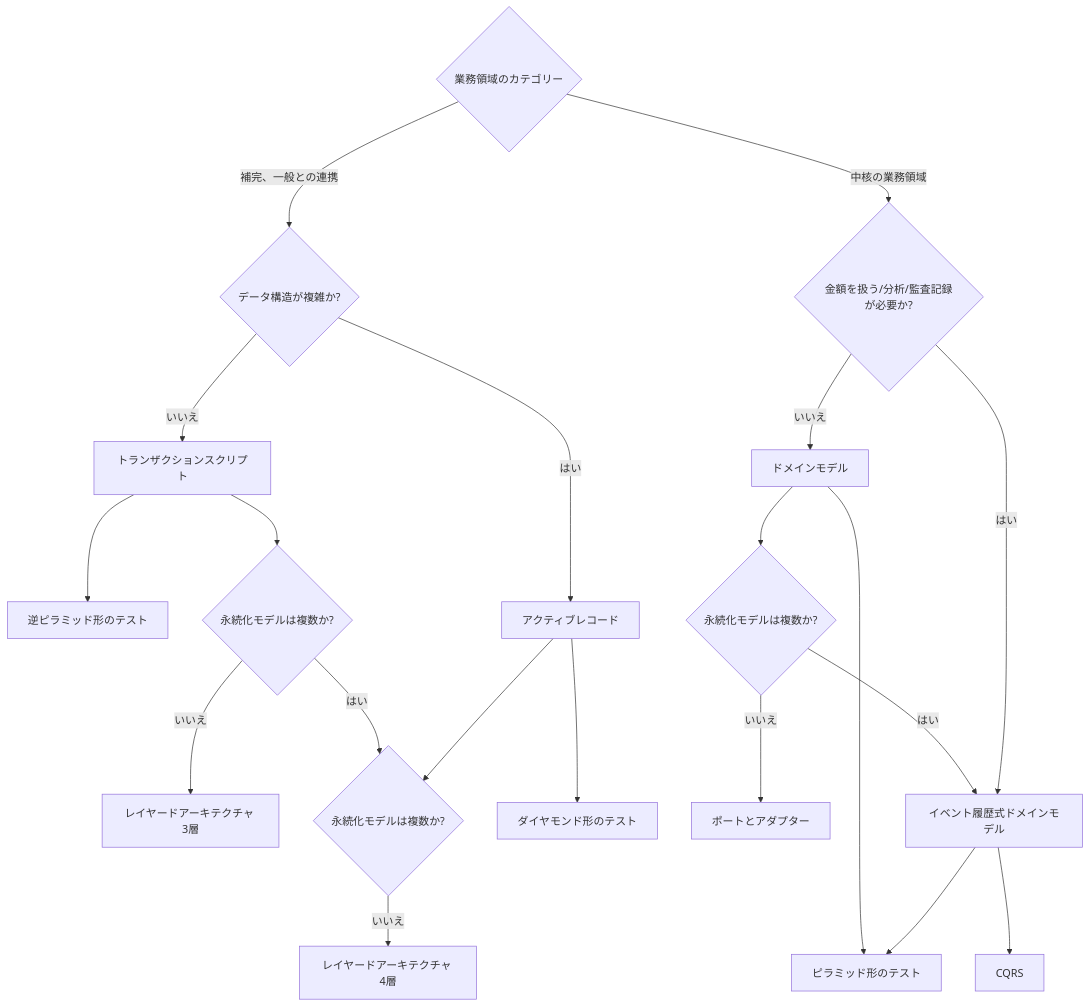
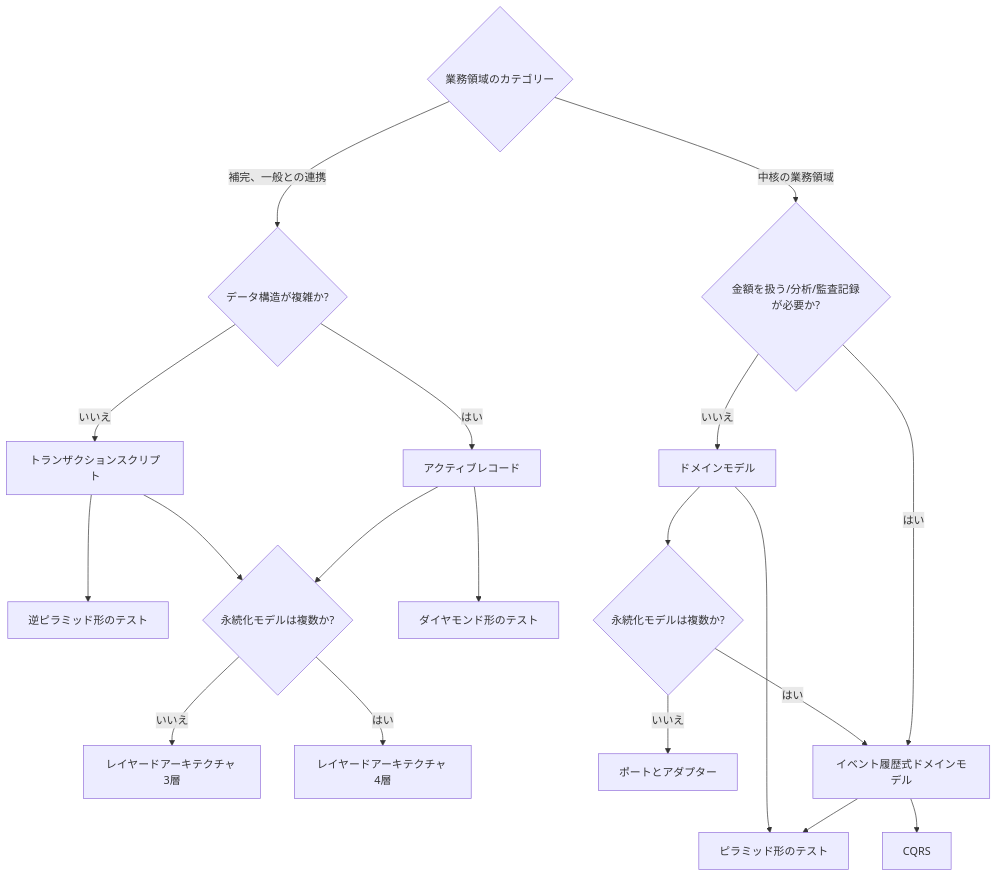
The third of 3 diagrams in docs/journal/src/content/blog/2025-02-20-1.md (k2works/case-study-sales), drawn with Mermaid before and after one commit.

Commit message:
docs:記事更新
Refactor flowchart logic in blog post diagram.

Updated the flowchart structure to improve clarity and accuracy. Adjusted connections between persistence model checks and architecture layers to ensure logical consistency.

````diff
--- a/docs/journal/src/content/blog/2025-02-20-1.md
+++ b/docs/journal/src/content/blog/2025-02-20-1.md
@@ -61,23 +61,22 @@
 ```mermaid
 flowchart TD
     A{業務領域のカテゴリー} -- 補完、一般との連携 --> B{データ構造が複雑か?}
     B -- いいえ --> B_1[トランザクションスクリプト]
     B_1 --> C_1[逆ピラミッド形のテスト]
     B_1 --> B_1_2{永続化モデルは複数か?}
     B_1_2 -- いいえ --> B_1_2_1[レイヤードアーキテクチャ 3層]
-    B_1_2 -- はい --> B_2_2
     B -- はい --> B_2[アクティブレコード]
     B_2 --> C_2[ダイヤモンド形のテスト]
-    B_2 --> B_2_2{永続化モデルは複数か?}
-    B_2_2 -- いいえ --> B_2_2_1[レイヤードアーキテクチャ 4層]
+    B_2 --> B_1_2{永続化モデルは複数か?}
+    B_1_2 -- はい --> B_2_2_1[レイヤードアーキテクチャ 4層]
 
     A{業務領域のカテゴリー} -- 中核の業務領域 --> D{金額を扱う/分析/監査記録が必要か?}
     D -- いいえ --> D_1[ドメインモデル]
     D_1 --> E_1[ピラミッド形のテスト]
     D_1 --> D_1_2{永続化モデルは複数か?}
     D_1_2 -- いいえ --> D_1_2_1[ポートとアダプター]
     D_1_2 -- はい --> D_2
     D -- はい --> D_2[イベント履歴式ドメインモデル]
     D_2 --> E_1
     D_2 --> F_1[CQRS]
 ```
````
